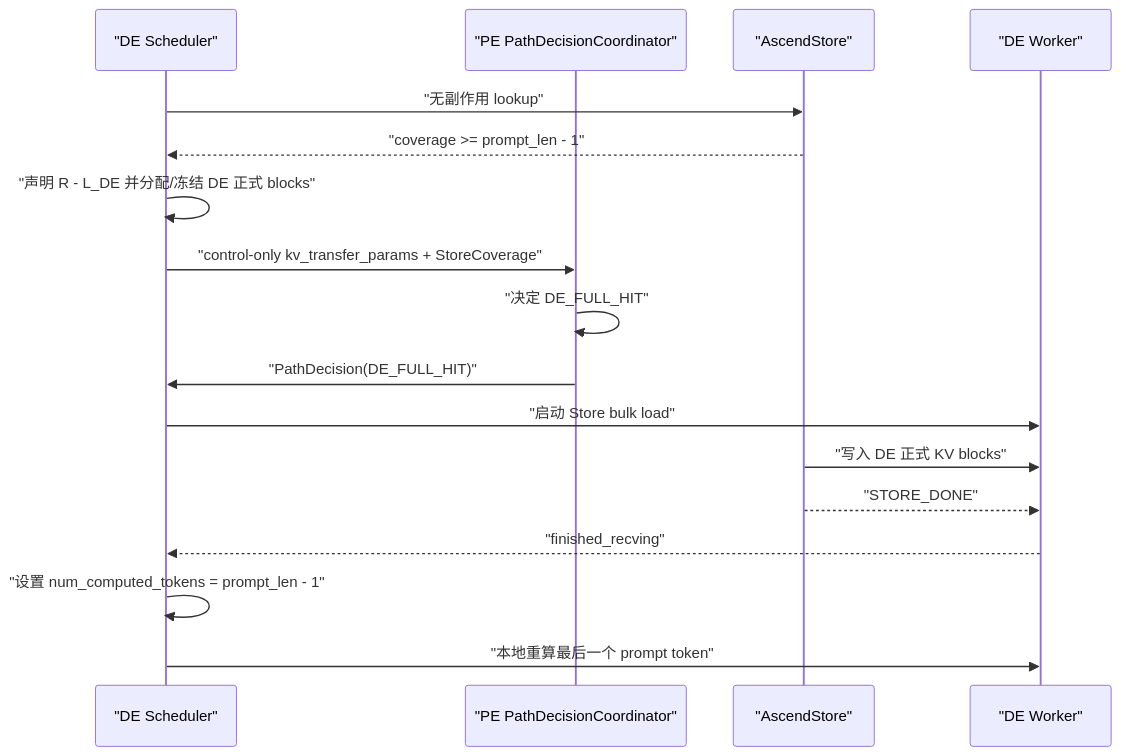
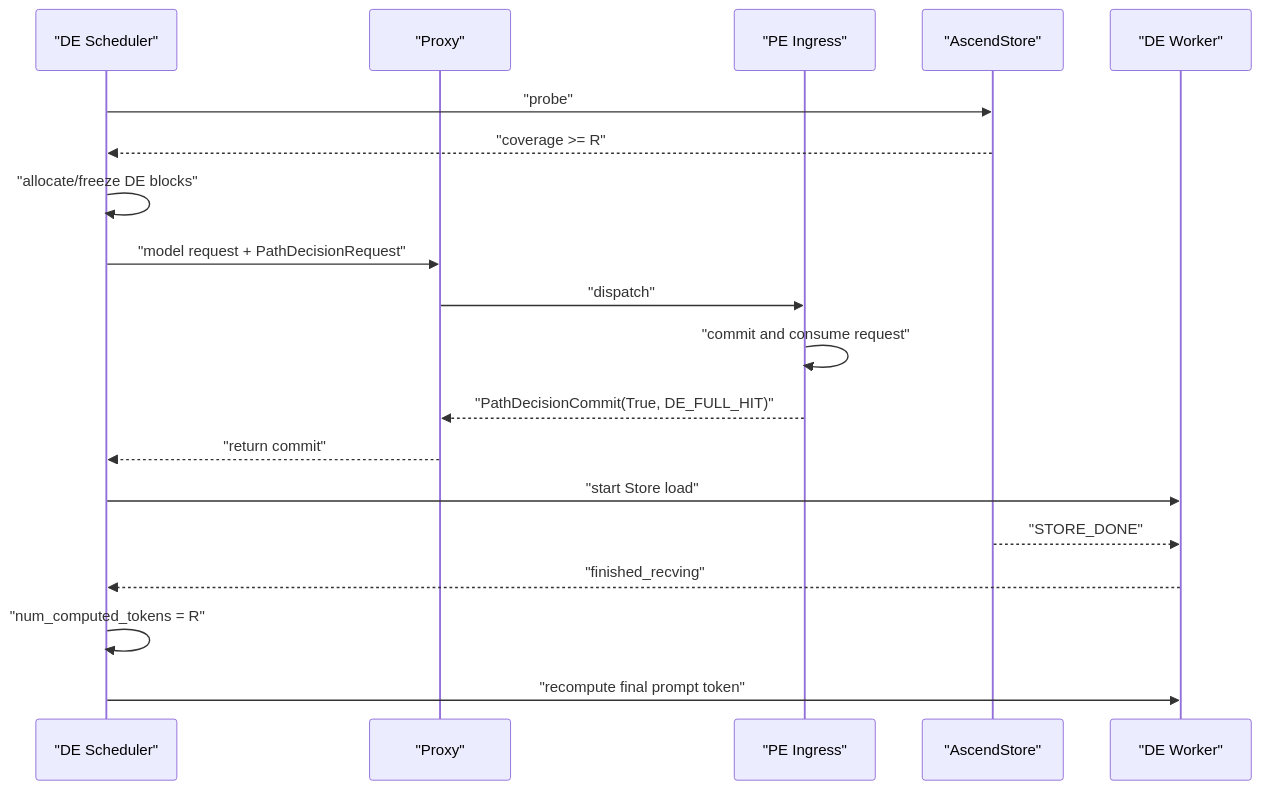
The third of 4 diagrams in docs/superpowers/specs/2026-07-23-dual-path-connector-stage1-option-a-detailed-design.md (mazifan0120/vllm-ascend), drawn with Mermaid before and after one commit. The commit also changed other lines of this file and 27 other files, not shown here.

````diff
--- a/docs/superpowers/specs/2026-07-23-dual-path-connector-stage1-option-a-detailed-design.md
+++ b/docs/superpowers/specs/2026-07-23-dual-path-connector-stage1-option-a-detailed-design.md
@@ -1930,20 +1071,22 @@
 ```mermaid
 sequenceDiagram
     participant DES as "DE Scheduler"
-    participant PEC as "PE PathDecisionCoordinator"
+    participant Proxy as "Proxy"
+    participant PEI as "PE Ingress"
     participant Store as "AscendStore"
     participant DEW as "DE Worker"
 
-    DES->>Store: "无副作用 lookup"
-    Store-->>DES: "coverage >= prompt_len - 1"
-    DES->>DES: "声明 R - L_DE 并分配/冻结 DE 正式 blocks"
-    DES->>PEC: "control-only kv_transfer_params + StoreCoverage"
-    PEC->>PEC: "决定 DE_FULL_HIT"
-    PEC->>DES: "PathDecision(DE_FULL_HIT)"
-    DES->>DEW: "启动 Store bulk load"
-    Store->>DEW: "写入 DE 正式 KV blocks"
+    DES->>Store: "probe"
+    Store-->>DES: "coverage >= R"
+    DES->>DES: "allocate/freeze DE blocks"
+    DES->>Proxy: "model request + PathDecisionRequest"
+    Proxy->>PEI: "dispatch"
+    PEI->>PEI: "commit and consume request"
+    PEI-->>Proxy: "PathDecisionCommit(True, DE_FULL_HIT)"
+    Proxy-->>DES: "return commit"
+    DES->>DEW: "start Store load"
     Store-->>DEW: "STORE_DONE"
     DEW-->>DES: "finished_recving"
-    DES->>DES: "设置 num_computed_tokens = prompt_len - 1"
-    DES->>DEW: "本地重算最后一个 prompt token"
+    DES->>DES: "num_computed_tokens = R"
+    DES->>DEW: "recompute final prompt token"
 ```
````
